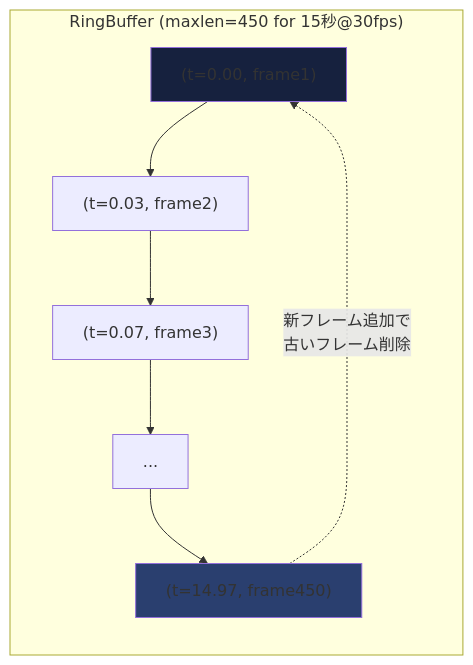
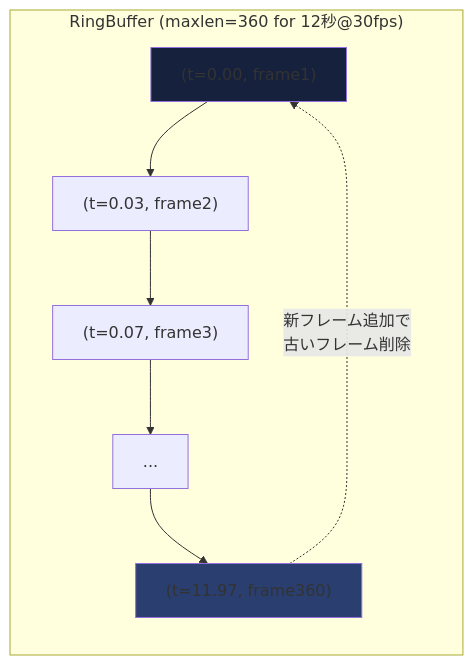
The fourth of 12 diagrams in documents/DETECTOR_COMPONENTS.md (Masakai/meteo), drawn with Mermaid before and after one commit. The commit also changed other lines of this file and 9 other files, not shown here.

````diff
--- a/documents/DETECTOR_COMPONENTS.md
+++ b/documents/DETECTOR_COMPONENTS.md
@@ -159,19 +159,19 @@
 ```mermaid
 graph LR
-    subgraph "RingBuffer (maxlen=450 for 15秒@30fps)"
+    subgraph "RingBuffer (maxlen=360 for 12秒@30fps)"
         F1["(t=0.00, frame1)"]
         F2["(t=0.03, frame2)"]
         F3["(t=0.07, frame3)"]
         Dots["..."]
-        F450["(t=14.97, frame450)"]
+        F360["(t=11.97, frame360)"]
     end
 
     F1 --> F2
     F2 --> F3
     F3 --> Dots
-    Dots --> F450
-    F450 -.->|"新フレーム追加で<br/>古いフレーム削除"| F1
+    Dots --> F360
+    F360 -.->|"新フレーム追加で<br/>古いフレーム削除"| F1
 
     style F1 fill:#16213e
-    style F450 fill:#2a3f6f
+    style F360 fill:#2a3f6f
 ```
````
